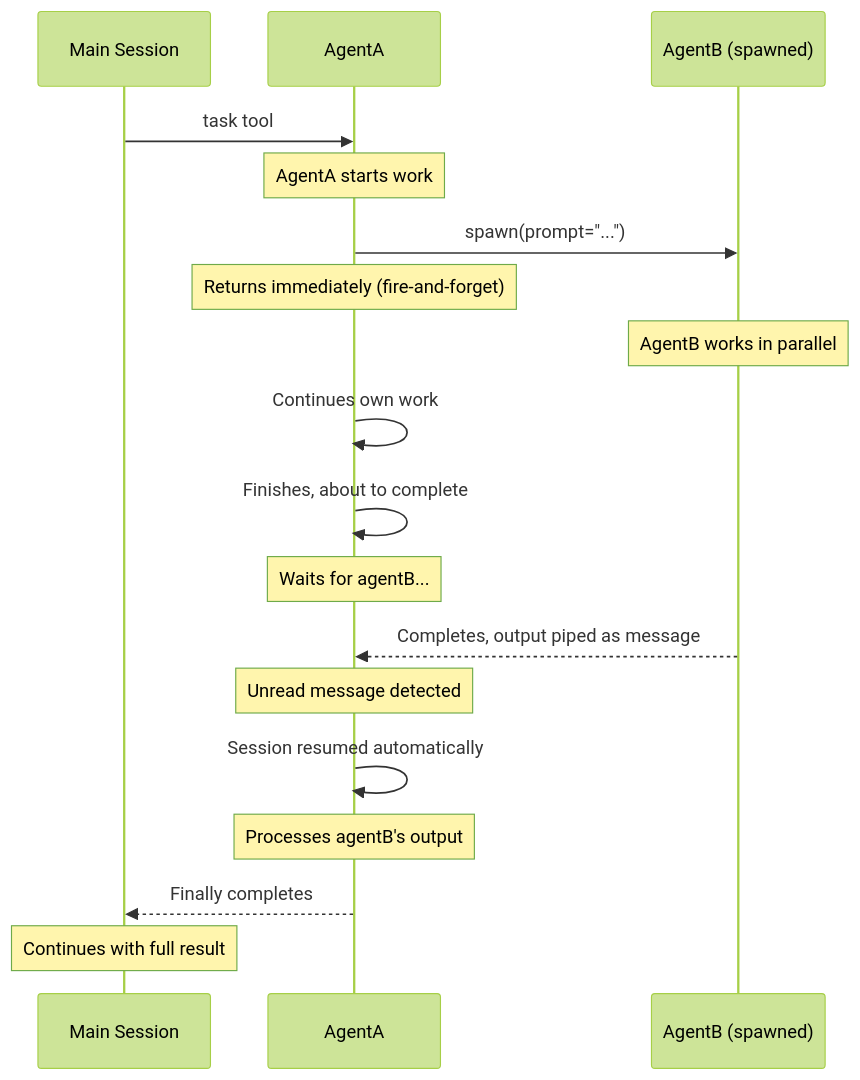
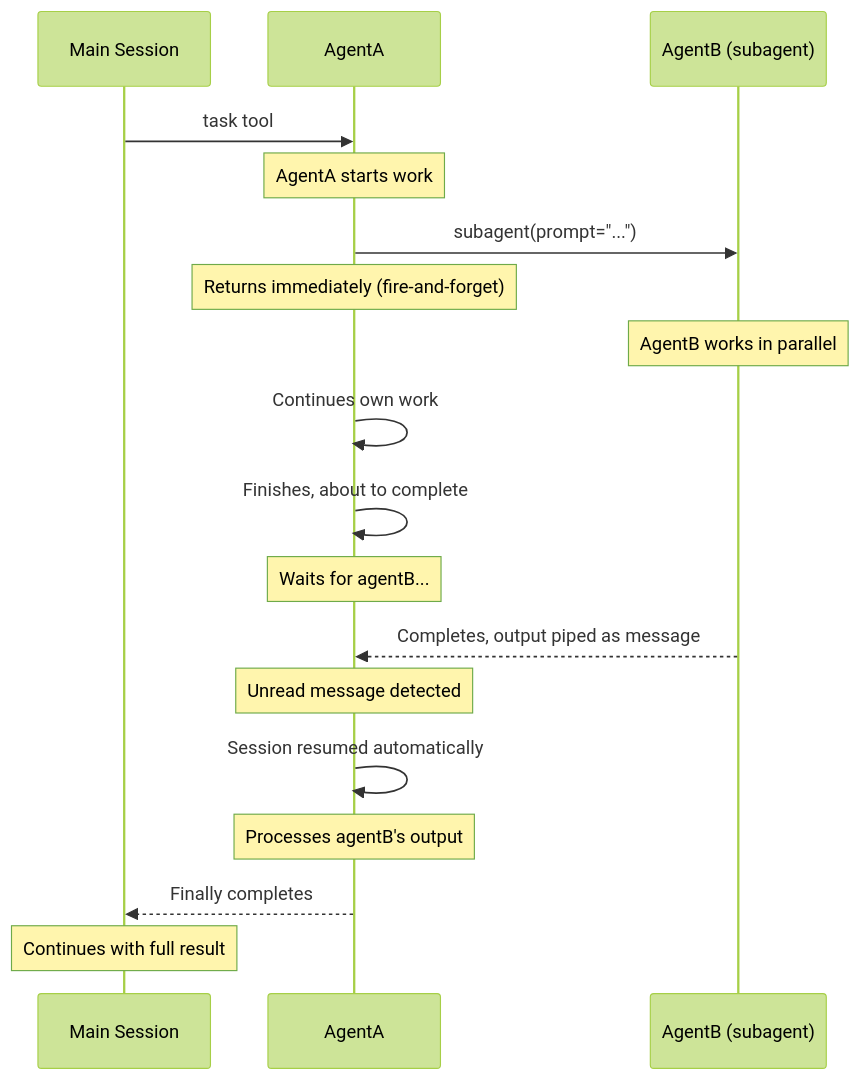
One commit to spoons-and-mirrors/iam changed the first of 3 diagrams in README.md. Above: the diagram before and after it, drawn with Mermaid (forest theme). The commit also changed other lines of this file and 8 other files, not shown here.

Commit message:
semantic change: spawn -> subagent

````diff
--- a/README.md
+++ b/README.md
@@ -23,26 +23,26 @@
 ```mermaid
 sequenceDiagram
     participant Main as Main Session
     participant A as AgentA
-    participant B as AgentB (spawned)
+    participant B as AgentB (subagent)
 
     Main->>A: task tool
     Note over A: AgentA starts work
 
-    A->>B: spawn(prompt="...")
+    A->>B: subagent(prompt="...")
     Note over A: Returns immediately (fire-and-forget)
     Note over B: AgentB works in parallel
 
     A->>A: Continues own work
     A->>A: Finishes, about to complete
 
     Note over A: Waits for agentB...
 
     B-->>A: Completes, output piped as message
     Note over A: Unread message detected
     A->>A: Session resumed automatically
     Note over A: Processes agentB's output
 
     A-->>Main: Finally completes
     Note over Main: Continues with full result
 ```
````
